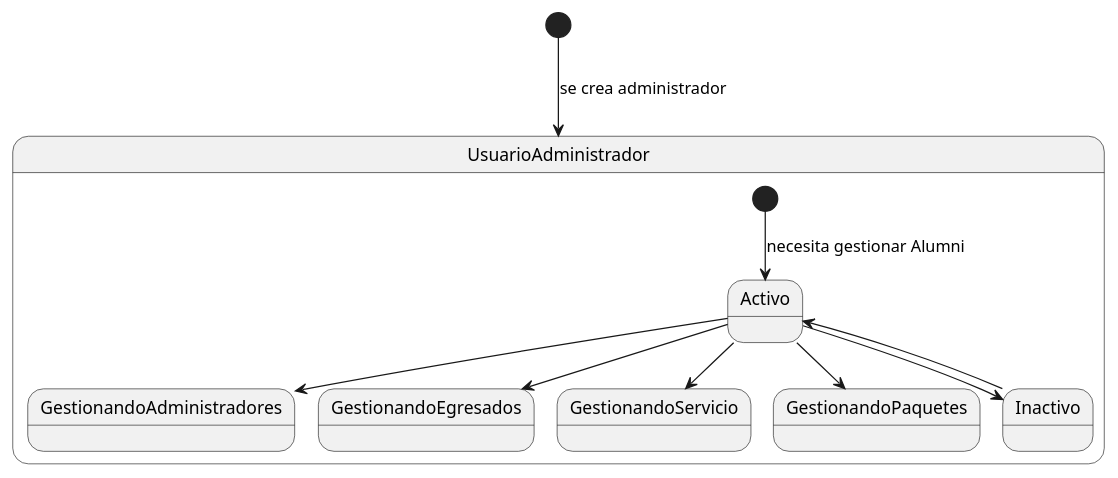
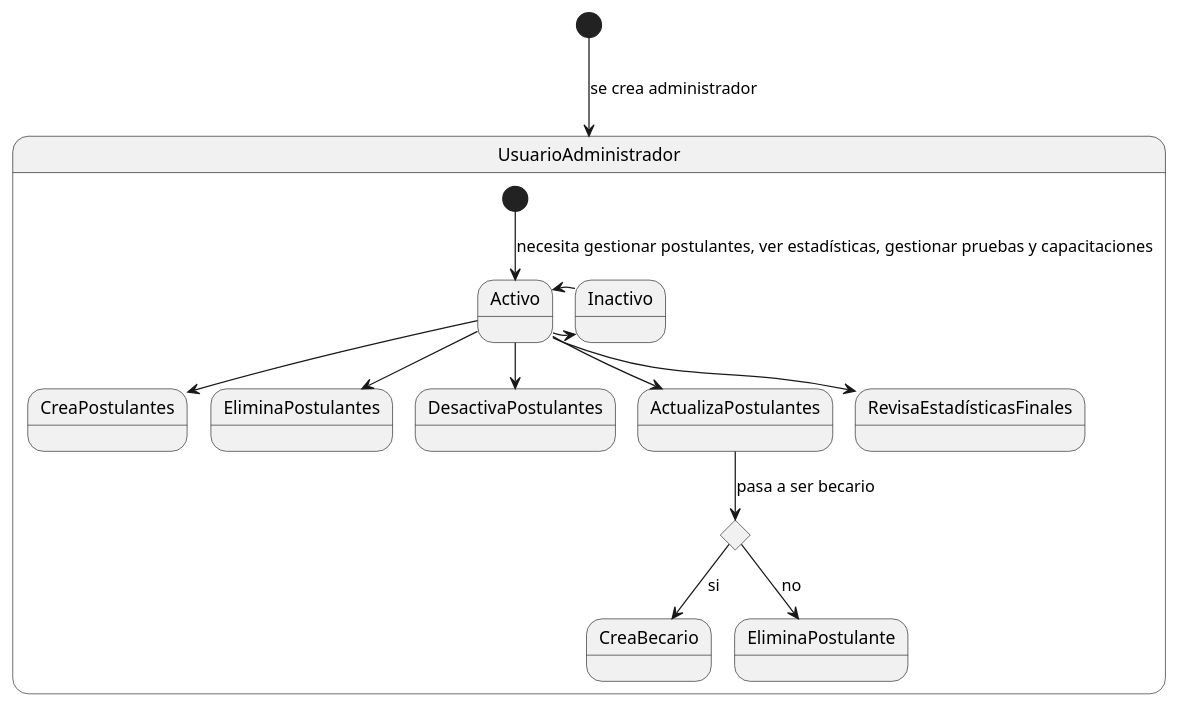
Before and after one commit to mmasias/24-25-IdSw1-SDR: the diagram in modelo_del_dominio/diagramas_de_estados/estados_administrador.puml, drawn with PlantUML. The commit also changed 24 other files, not shown here.

First line of the commit message:
fix: Update for the domain model in the class diagram to fit client needs, also updated for the rest of the domain model sections

```diff
--- a/modelo_del_dominio/diagramas_de_estados/estados_administrador.puml
+++ b/modelo_del_dominio/diagramas_de_estados/estados_administrador.puml
@@ -1,17 +1,22 @@
-@startuml
+@startuml Diagrama_de_Estados_Administrador
+skinparam defaultTextAlignment center
+
 [*] --> UsuarioAdministrador: se crea administrador
 
-
-
 state UsuarioAdministrador{
-  Activo-->GestionandoAdministradores
-  Activo-->GestionandoEgresados
-  [*]-->Activo: necesita gestionar Alumni
-  Activo-->GestionandoServicio
-  Activo-->GestionandoPaquetes
-  Activo --> Inactivo
-  Inactivo --> Activo
+  [*]-->Activo: necesita gestionar postulantes, ver estadísticas, gestionar pruebas y capacitaciones
+  Activo-->CreaPostulantes
+  Activo-->EliminaPostulantes
+  Activo-->DesactivaPostulantes
+  
+  Activo-->ActualizaPostulantes
+  state acción <<choice>> : cumple los requisitos
+  ActualizaPostulantes-->acción : pasa a ser becario
+  acción-->CreaBecario : si
+  acción-->EliminaPostulante : no
+  Activo-->RevisaEstadísticasFinales
+  Activo -r-> Inactivo
+  Inactivo -l-> Activo
 }
 
-
 @enduml
```
